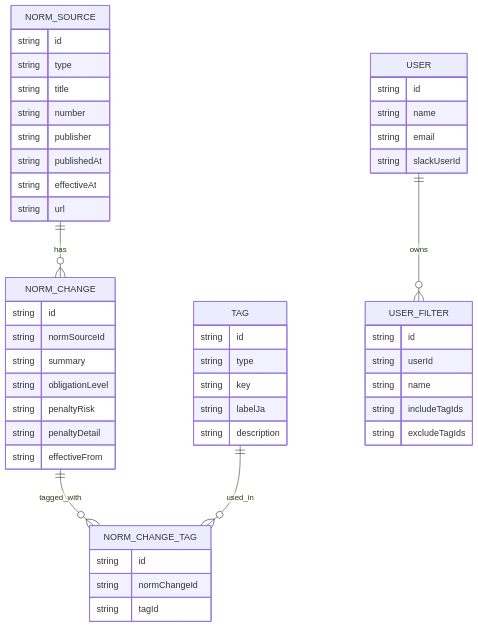
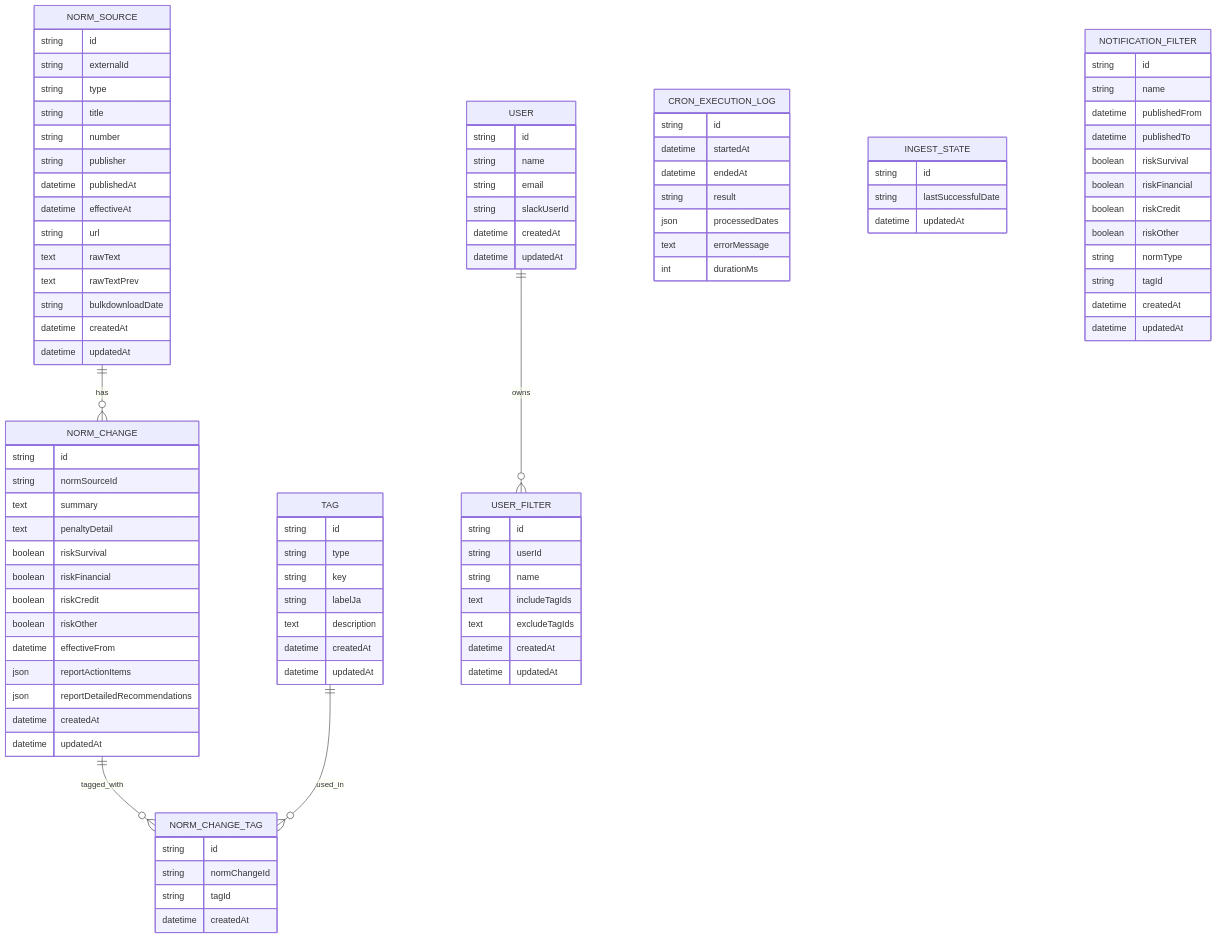
Before and after one commit to bokunon/norm-changes: the second of 3 diagrams in docs/architecture.md, drawn with Mermaid. The commit also changed other lines of this file and 2 other files, not shown here.

Commit message:
ドキュメント最新化・整理
- docs/architecture.md: ER図をPrismaスキーマの実態に合わせて更新（obsoleteフィールド削除、新モデル追加）
- docs/current-spec-and-gaps.md: AIレポート実装済み・リスク区分の現状に更新
- README.md: docs/howto/ 以下の整理済みパスにリンク更新

```diff
--- a/docs/architecture.md
+++ b/docs/architecture.md
@@ -66,23 +66,35 @@
 erDiagram
     NORM_SOURCE {
         string id
+        string externalId
         string type
         string title
         string number
         string publisher
-        string publishedAt
-        string effectiveAt
+        datetime publishedAt
+        datetime effectiveAt
         string url
+        text rawText
+        text rawTextPrev
+        string bulkdownloadDate
+        datetime createdAt
+        datetime updatedAt
     }
 
     NORM_CHANGE {
         string id
         string normSourceId
-        string summary
-        string obligationLevel
-        string penaltyRisk
-        string penaltyDetail
-        string effectiveFrom
+        text summary
+        text penaltyDetail
+        boolean riskSurvival
+        boolean riskFinancial
+        boolean riskCredit
+        boolean riskOther
+        datetime effectiveFrom
+        json reportActionItems
+        json reportDetailedRecommendations
+        datetime createdAt
+        datetime updatedAt
     }
 
     TAG {
@@ -90,13 +102,16 @@
         string type
         string key
         string labelJa
-        string description
+        text description
+        datetime createdAt
+        datetime updatedAt
     }
 
     NORM_CHANGE_TAG {
         string id
         string normChangeId
         string tagId
+        datetime createdAt
     }
 
     USER {
@@ -104,14 +119,49 @@
         string name
         string email
         string slackUserId
+        datetime createdAt
+        datetime updatedAt
     }
 
     USER_FILTER {
         string id
         string userId
         string name
-        string includeTagIds
-        string excludeTagIds
+        text includeTagIds
+        text excludeTagIds
+        datetime createdAt
+        datetime updatedAt
+    }
+
+    CRON_EXECUTION_LOG {
+        string id
+        datetime startedAt
+        datetime endedAt
+        string result
+        json processedDates
+        text errorMessage
+        int durationMs
+    }
+
+    INGEST_STATE {
+        string id
+        string lastSuccessfulDate
+        datetime updatedAt
+    }
+
+    NOTIFICATION_FILTER {
+        string id
+        string name
+        datetime publishedFrom
+        datetime publishedTo
+        boolean riskSurvival
+        boolean riskFinancial
+        boolean riskCredit
+        boolean riskOther
+        string normType
+        string tagId
+        datetime createdAt
+        datetime updatedAt
     }
 
     NORM_SOURCE ||--o{ NORM_CHANGE : has
```
